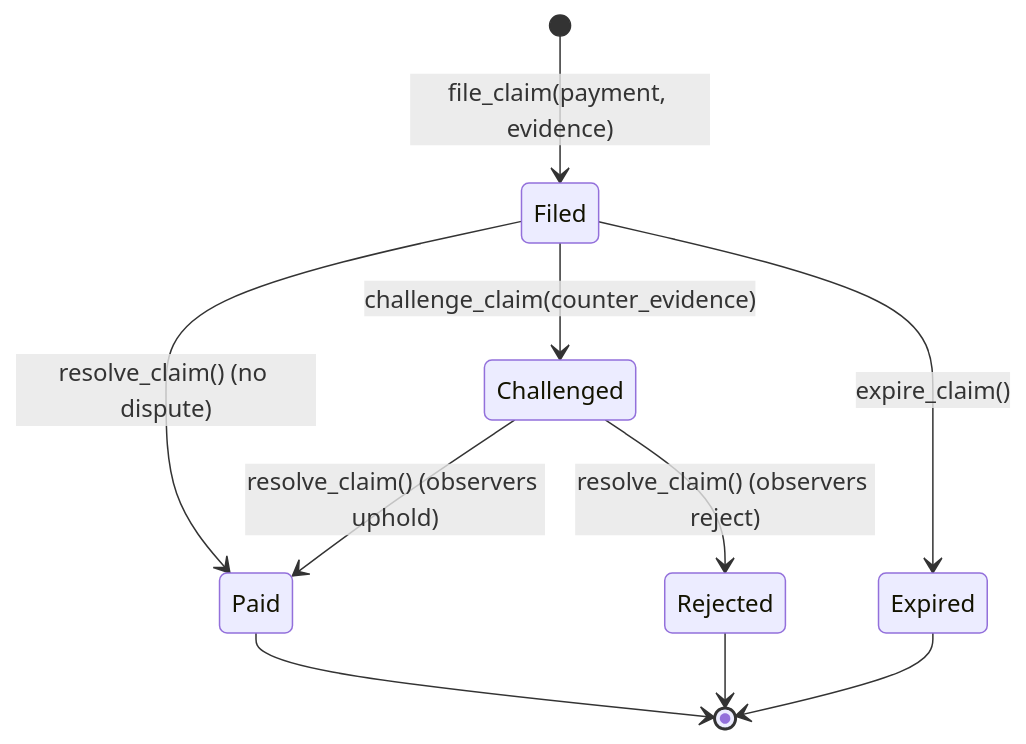
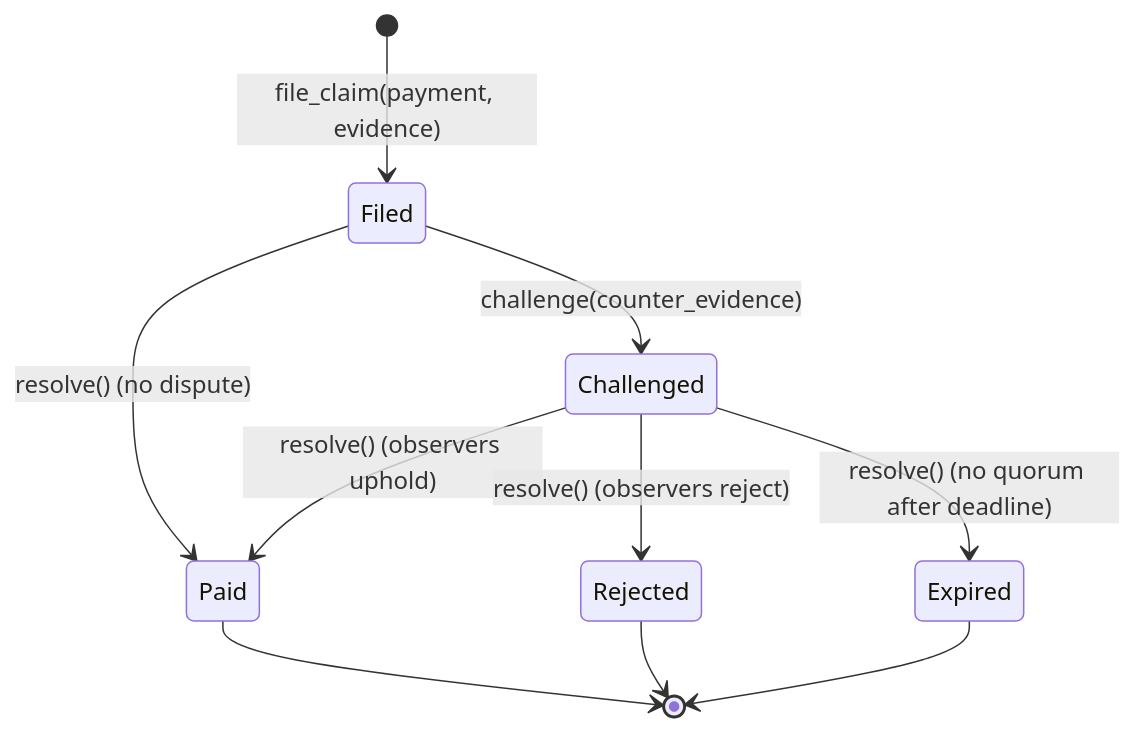
One commit to Vaeltrix-SCF/vaeltrix-contracts changed the second of 2 diagrams in apps/docs/content/docs/concepts.mdx. Above: the diagram before and after it, drawn with Mermaid. The commit also changed other lines of this file and 19 other files, not shown here.

````diff
--- a/apps/docs/content/docs/concepts.mdx
+++ b/apps/docs/content/docs/concepts.mdx
@@ -103,12 +106,12 @@
 ```mermaid
 stateDiagram-v2
     [*] --> Filed: file_claim(payment, evidence)
-    Filed --> Challenged: challenge_claim(counter_evidence)
-    Filed --> Paid: resolve_claim() (no dispute)
-    Challenged --> Paid: resolve_claim() (observers uphold)
-    Challenged --> Rejected: resolve_claim() (observers reject)
-    Filed --> Expired: expire_claim()
+    Filed --> Challenged: challenge(counter_evidence)
+    Filed --> Paid: resolve() (no dispute)
+    Challenged --> Paid: resolve() (observers uphold)
+    Challenged --> Rejected: resolve() (observers reject)
+    Challenged --> Expired: resolve() (no quorum after deadline)
     Paid --> [*]
     Rejected --> [*]
     Expired --> [*]
 ```
````
